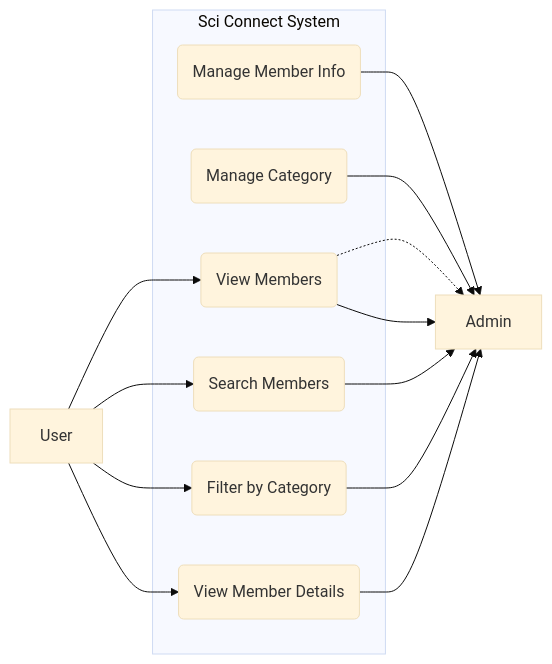
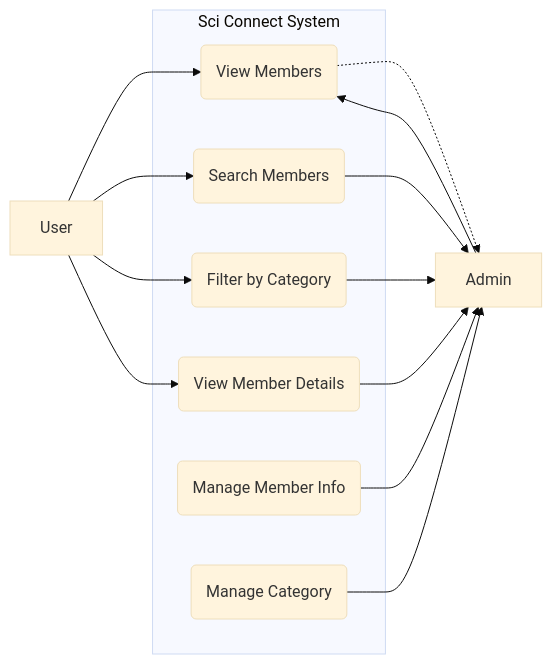
One commit to sirapopswu/sciconnect changed the diagram in README.md. Above: the diagram before and after it, drawn with Mermaid (base theme).

````diff
--- a/README.md
+++ b/README.md
@@ -48,28 +48,28 @@
 ```mermaid
 flowchart LR
 
 User[User]
 Admin[Admin]
 
 subgraph Sci_Connect_System["Sci Connect System"]
     VM(View Members)
     SM(Search Members)
     FC(Filter by Category)
     VD(View Member Details)
     MM(Manage Member Info)
     MC(Manage Category)
 end
 
 User --> VM
 User --> SM
 User --> FC
 User --> VD
 
 MM --> Admin
 MC --> Admin
 VM -.-> Admin
-VM --> Admin
+Admin --> VM
 SM --> Admin
 FC --> Admin
 VD --> Admin
 ```
````
